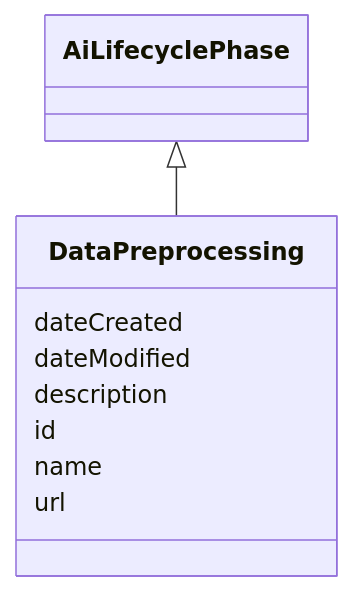
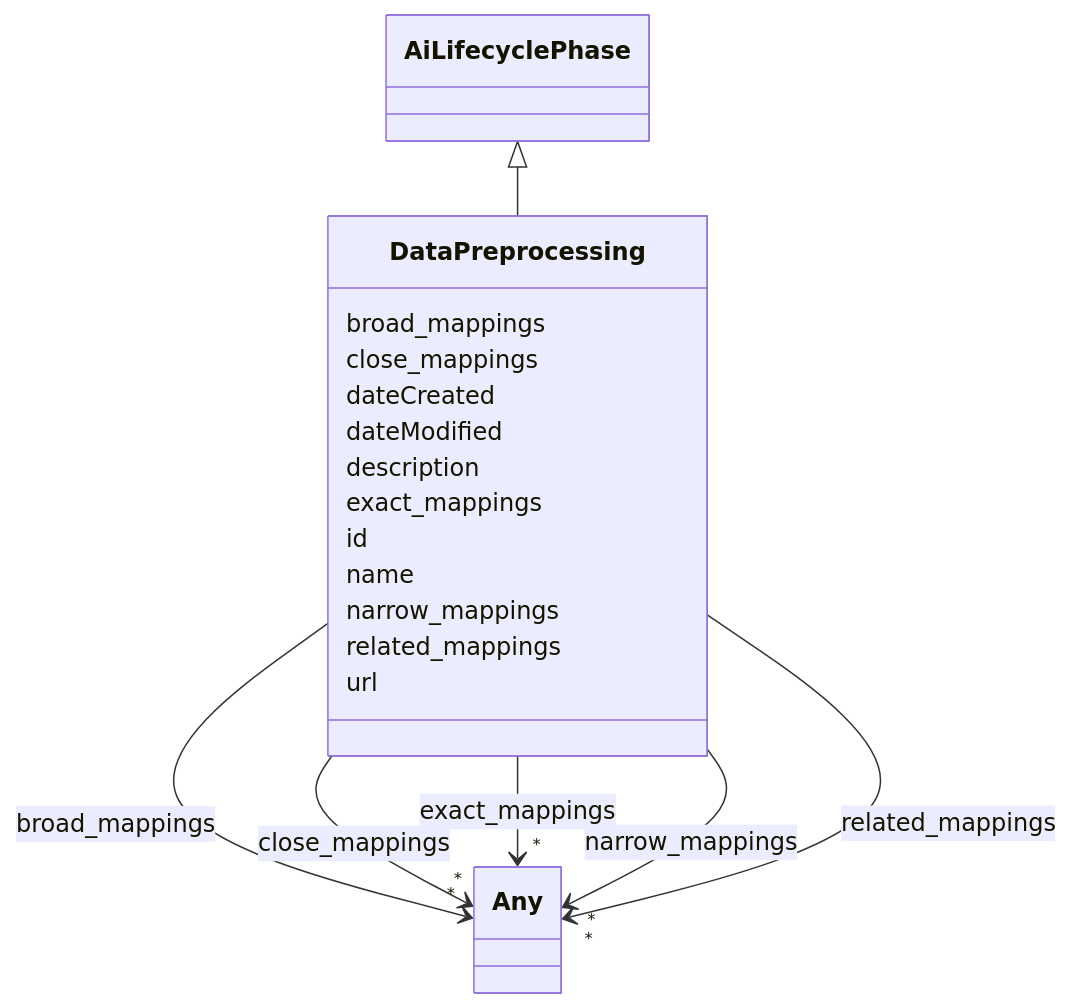
One commit to ingelise/risk-atlas-nexus changed the diagram in docs/ontology/DataPreprocessing.md. Above: the diagram before and after it, drawn with Mermaid. The commit also changed other lines of this file and 180 other files, not shown here.

````diff
--- a/docs/ontology/DataPreprocessing.md
+++ b/docs/ontology/DataPreprocessing.md
@@ -18,21 +18,76 @@
 ```mermaid
  classDiagram
     class DataPreprocessing
     click DataPreprocessing href "../DataPreprocessing/"
       AiLifecyclePhase <|-- DataPreprocessing
         click AiLifecyclePhase href "../AiLifecyclePhase/"
 
+      DataPreprocessing : broad_mappings
+
+
+
+
+
+        DataPreprocessing --> "*" Any : broad_mappings
+        click Any href "../Any/"
+
+
+
+      DataPreprocessing : close_mappings
+
+
+
+
+
+        DataPreprocessing --> "*" Any : close_mappings
+        click Any href "../Any/"
+
+
+
       DataPreprocessing : dateCreated
 
       DataPreprocessing : dateModified
 
       DataPreprocessing : description
 
+      DataPreprocessing : exact_mappings
+
+
+
+
+
+        DataPreprocessing --> "*" Any : exact_mappings
+        click Any href "../Any/"
+
+
+
       DataPreprocessing : id
 
       DataPreprocessing : name
+
+      DataPreprocessing : narrow_mappings
+
+
+
+
+
+        DataPreprocessing --> "*" Any : narrow_mappings
+        click Any href "../Any/"
+
+
+
+      DataPreprocessing : related_mappings
+
+
+
+
+
+        DataPreprocessing --> "*" Any : related_mappings
+        click Any href "../Any/"
+
+
 
       DataPreprocessing : url
 
 
 ```
````
